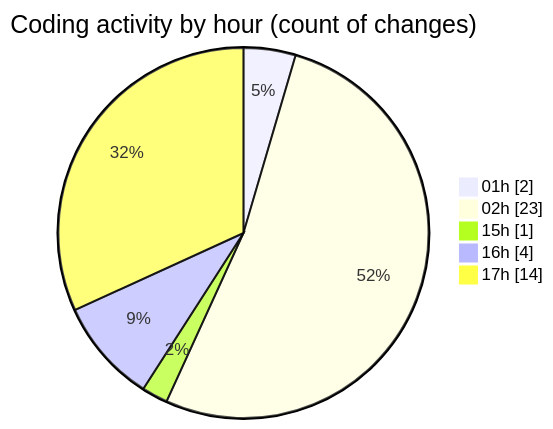
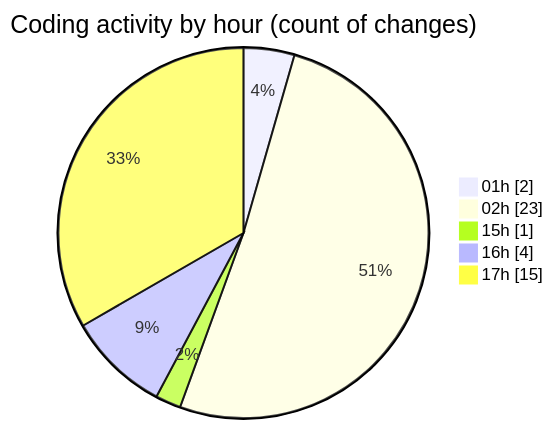
One commit to mevix1/code-tracking changed the second of 2 diagrams in 2025-10-01/open-health/README.md. Above: the diagram before and after it, drawn with Mermaid. The commit also changed other lines of this file and 1 other file, not shown here.

````diff
--- a/2025-10-01/open-health/README.md
+++ b/2025-10-01/open-health/README.md
@@ -55,9 +56,9 @@
 ```mermaid
 pie showData
 title Coding activity by hour (count of changes)
 "01h" : 2
 "02h" : 23
 "15h" : 1
 "16h" : 4
-"17h" : 14
+"17h" : 15
 ```
````
